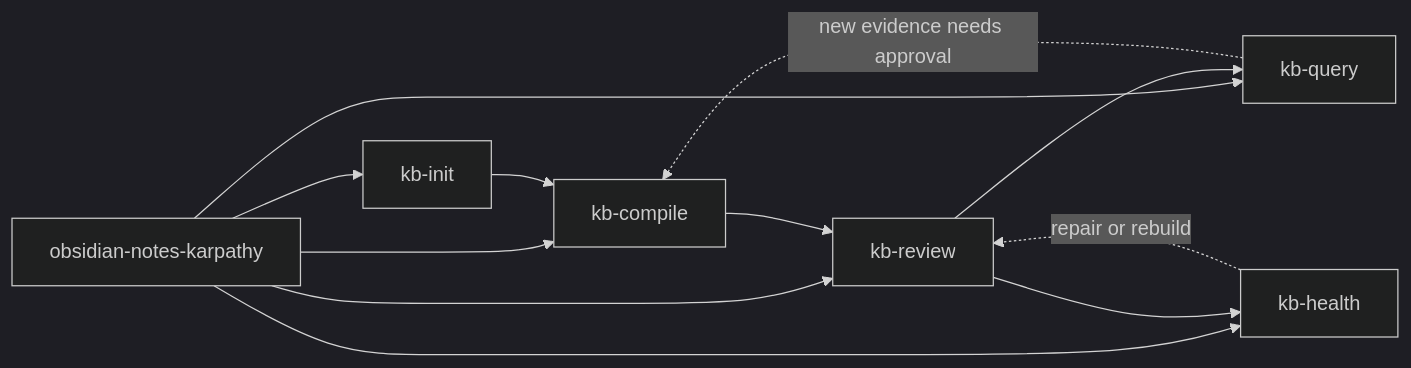
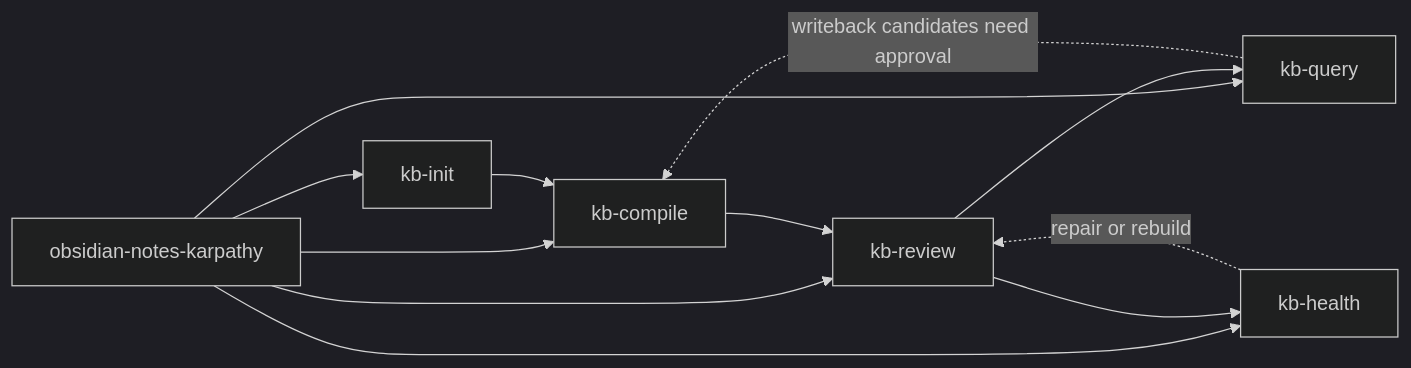
Before and after one commit to bahayonghang/obsidian-notes-karpathy: the diagram in docs/workflow/overview.md, drawn with Mermaid (dark theme). The commit also changed other lines of this file and 31 other files, not shown here.

````diff
--- a/docs/workflow/overview.md
+++ b/docs/workflow/overview.md
@@ -16,14 +18,14 @@
 ```mermaid
 graph LR
     A[obsidian-notes-karpathy] --> B[kb-init]
     A --> C[kb-compile]
     A --> D[kb-review]
     A --> E[kb-query]
     A --> F[kb-health]
     B --> C
     C --> D
     D --> E
     D --> F
-    E -.->|new evidence needs approval| C
+    E -.->|writeback candidates need approval| C
     F -.->|repair or rebuild| D
 ```
````
